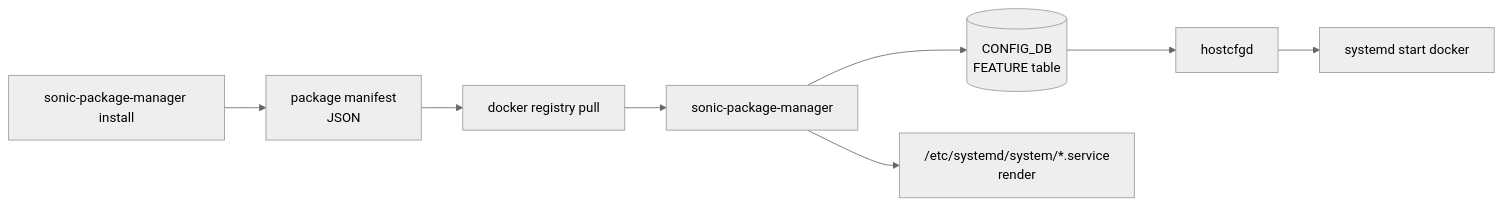
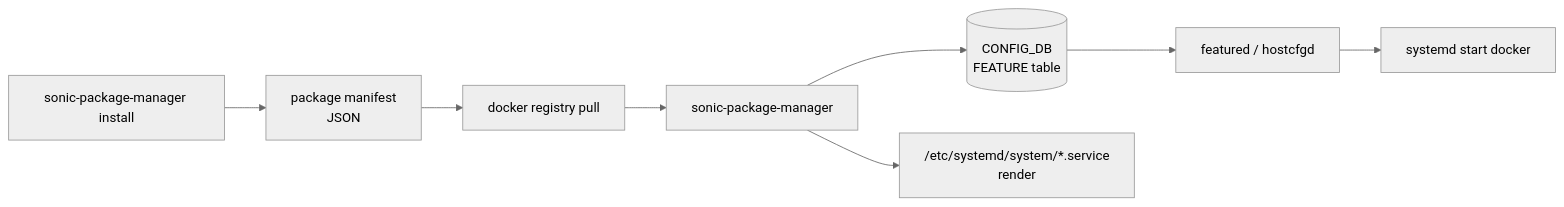
One commit to aoki-taquan/sonic-unofficial-docs changed the second of 2 diagrams in docs/topics/19-build-packaging/internals.md. Above: the diagram before and after it, drawn with Mermaid (neutral theme). The commit also changed other lines of this file and 14 other files, not shown here.

````diff
--- a/docs/topics/19-build-packaging/internals.md
+++ b/docs/topics/19-build-packaging/internals.md
@@ -49,10 +56,10 @@
 ```mermaid
 flowchart LR
   CLI[sonic-package-manager install] --> MANIFEST["package manifest<br/>JSON"]
   MANIFEST --> REG[docker registry pull]
   REG --> SPM[sonic-package-manager]
   SPM --> FEATURE[("CONFIG_DB<br/>FEATURE table")]
   SPM --> SVC["/etc/systemd/system/*.service<br/>render"]
-  FEATURE --> HOSTCFGD[hostcfgd]
-  HOSTCFGD --> SYSTEMD[systemd start docker]
+  FEATURE --> FEATURED[featured / hostcfgd]
+  FEATURED --> SYSTEMD[systemd start docker]
 ```
````
